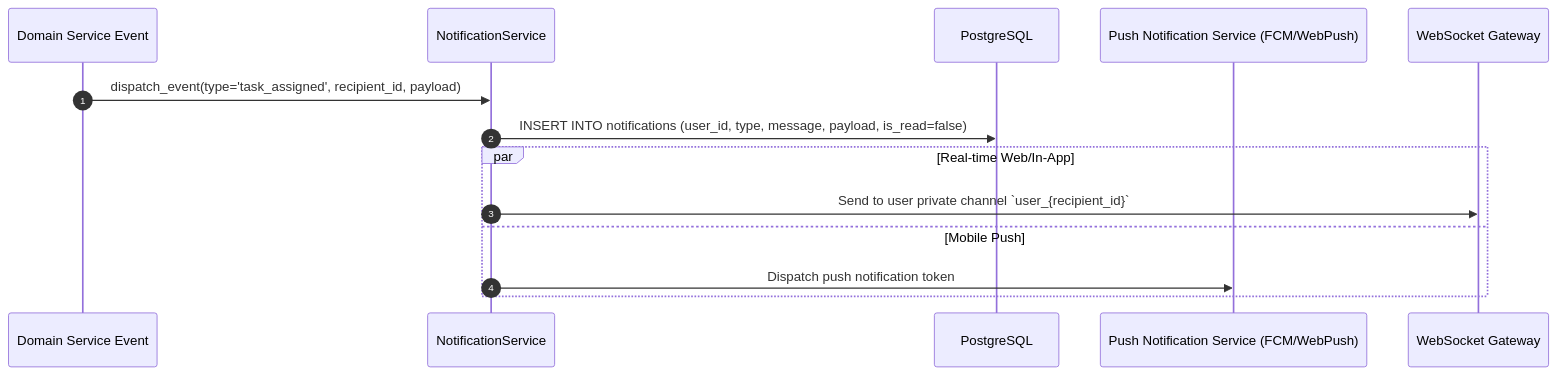
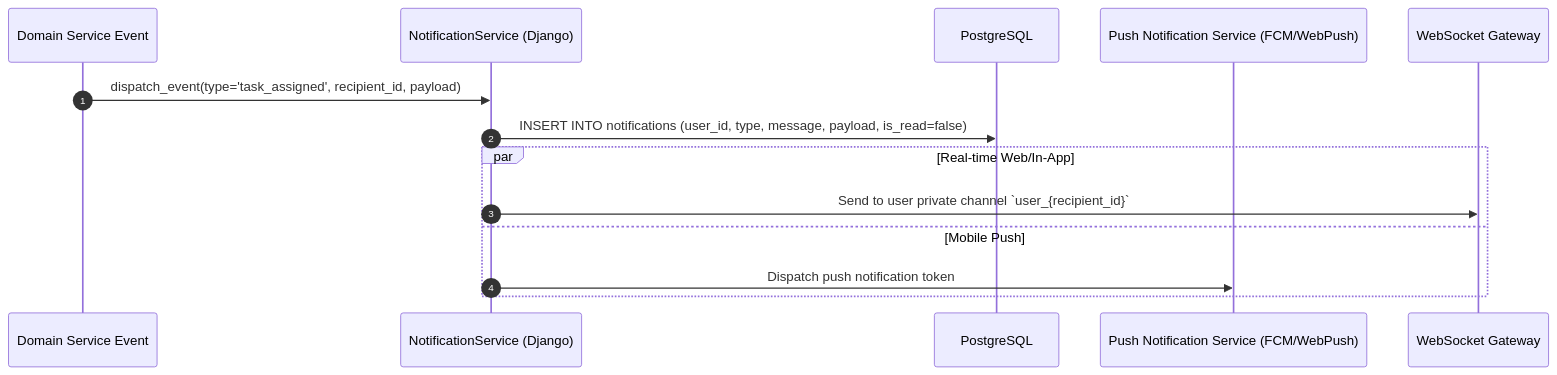
Before and after one commit to gctrupti/hoodi: the ninth of 9 diagrams in docs/system-design.md, drawn with Mermaid. The commit also changed other lines of this file and 6 other files, not shown here.

Commit message:
docs(architecture): update system design blueprint, ADRs, and database migration audit scripts

````diff
--- a/docs/system-design.md
+++ b/docs/system-design.md
@@ -437,17 +439,17 @@
 ```mermaid
 sequenceDiagram
     autonumber
     participant Domain as Domain Service Event
-    participant Notif as NotificationService
+    participant Notif as NotificationService (Django)
     participant DB as PostgreSQL
     participant FCM as Push Notification Service (FCM/WebPush)
     participant WS as WebSocket Gateway
 
     Domain->>Notif: dispatch_event(type='task_assigned', recipient_id, payload)
     Notif->>DB: INSERT INTO notifications (user_id, type, message, payload, is_read=false)
     par Real-time Web/In-App
         Notif->>WS: Send to user private channel `user_{recipient_id}`
     and Mobile Push
         Notif->>FCM: Dispatch push notification token
     end
 ```
````
